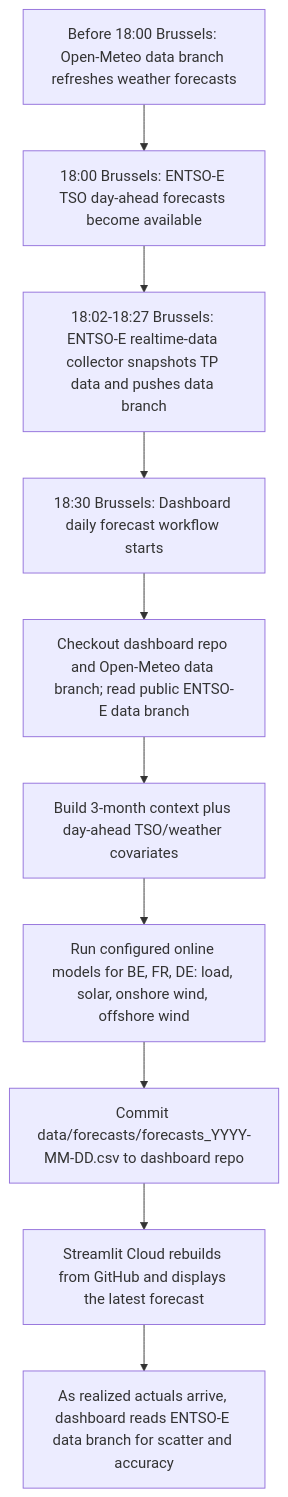
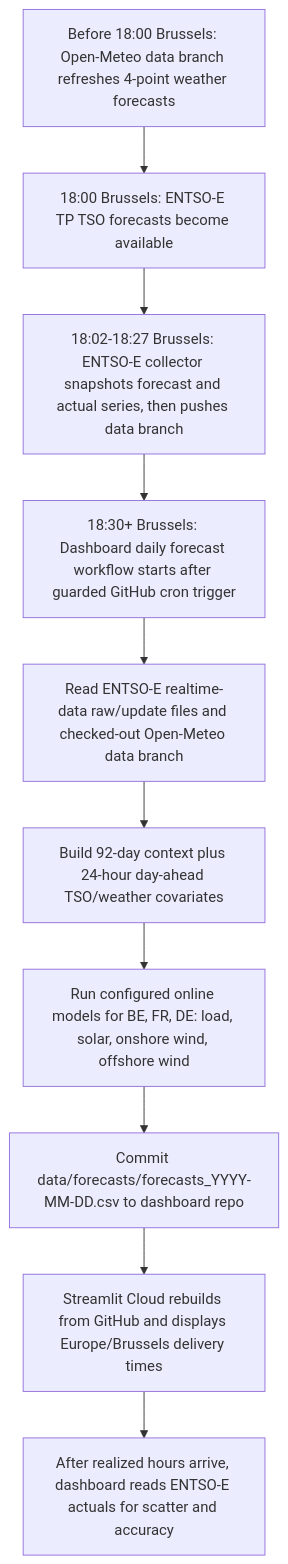
Before and after one commit to XiaoyuJIN97/tp-plus-plus-real-time-forecasting-dashboard: the diagram in README.md, drawn with Mermaid. The commit also changed other lines of this file and 2 other files, not shown here.

Commit message:
Show Brussels delivery times and data inputs

````diff
--- a/README.md
+++ b/README.md
@@ -101,12 +101,12 @@
 ```mermaid
 flowchart TD
-  A["Before 18:00 Brussels: Open-Meteo data branch refreshes weather forecasts"] --> B["18:00 Brussels: ENTSO-E TSO day-ahead forecasts become available"]
-  B --> C["18:02-18:27 Brussels: ENTSO-E realtime-data collector snapshots TP data and pushes data branch"]
-  C --> D["18:30 Brussels: Dashboard daily forecast workflow starts"]
-  D --> E["Checkout dashboard repo and Open-Meteo data branch; read public ENTSO-E data branch"]
-  E --> G["Build 3-month context plus day-ahead TSO/weather covariates"]
+  A["Before 18:00 Brussels: Open-Meteo data branch refreshes 4-point weather forecasts"] --> B["18:00 Brussels: ENTSO-E TP TSO forecasts become available"]
+  B --> C["18:02-18:27 Brussels: ENTSO-E collector snapshots forecast and actual series, then pushes data branch"]
+  C --> D["18:30+ Brussels: Dashboard daily forecast workflow starts after guarded GitHub cron trigger"]
+  D --> E["Read ENTSO-E realtime-data raw/update files and checked-out Open-Meteo data branch"]
+  E --> G["Build 92-day context plus 24-hour day-ahead TSO/weather covariates"]
   G --> H["Run configured online models for BE, FR, DE: load, solar, onshore wind, offshore wind"]
   H --> I["Commit data/forecasts/forecasts_YYYY-MM-DD.csv to dashboard repo"]
-  I --> J["Streamlit Cloud rebuilds from GitHub and displays the latest forecast"]
-  J --> K["As realized actuals arrive, dashboard reads ENTSO-E data branch for scatter and accuracy"]
+  I --> J["Streamlit Cloud rebuilds from GitHub and displays Europe/Brussels delivery times"]
+  J --> K["After realized hours arrive, dashboard reads ENTSO-E actuals for scatter and accuracy"]
 ```
````
